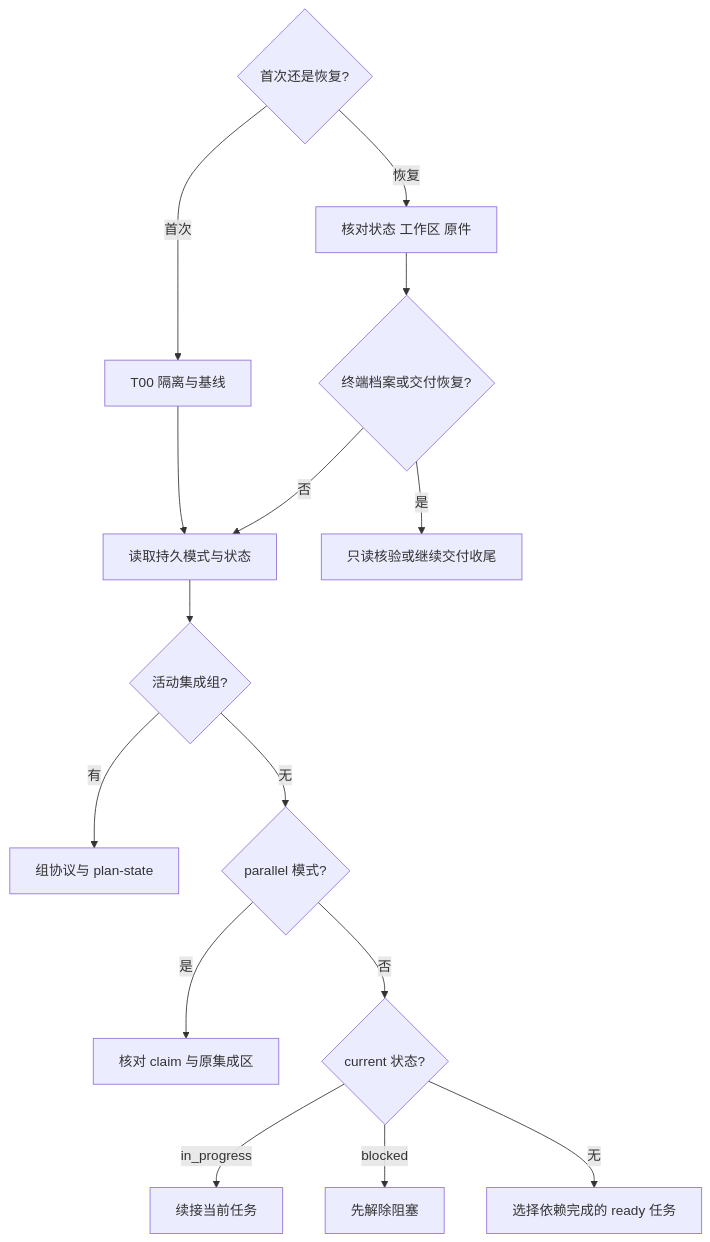
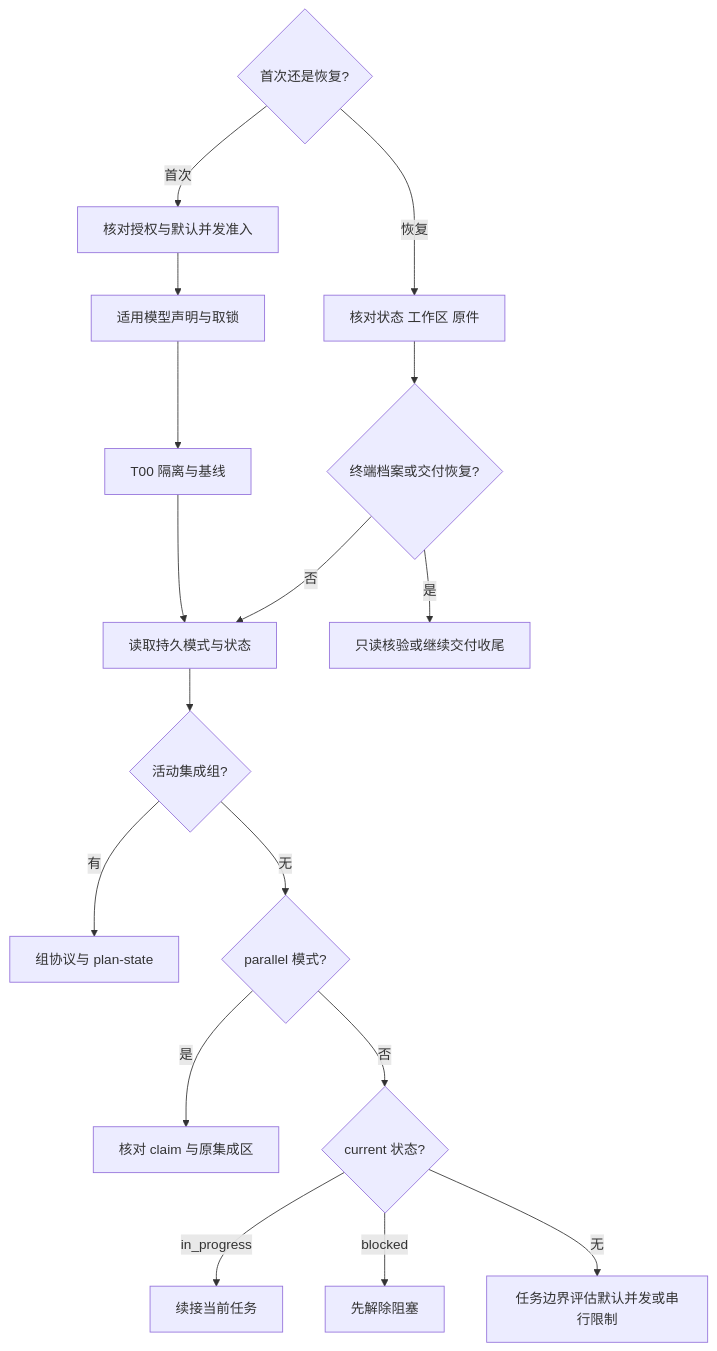
Before and after one commit to FlameMida/spec-dev: the diagram in skills/executing-plans/SKILL.md, drawn with Mermaid. The commit also changed other lines of this file and 44 other files, not shown here.

````diff
--- a/skills/executing-plans/SKILL.md
+++ b/skills/executing-plans/SKILL.md
@@ -38,17 +38,19 @@
 ```mermaid
 flowchart TD
-    E{"首次还是恢复?"} -->|首次| T00["T00 隔离与基线"]
+    E{"首次还是恢复?"} -->|首次| Select["核对授权与默认并发准入"]
     E -->|恢复| Check["核对状态 工作区 原件"]
+    Select --> Init["适用模型声明与取锁"]
+    Init --> T00["T00 隔离与基线"]
     T00 --> State["读取持久模式与状态"]
     Check --> End{"终端档案或交付恢复?"}
     End -->|是| Delivery["只读核验或继续交付收尾"]
     End -->|否| State
     State --> Group{"活动集成组?"}
     Group -->|有| G["组协议与 plan-state"]
     Group -->|无| Mode{"parallel 模式?"}
     Mode -->|是| P["核对 claim 与原集成区"]
     Mode -->|否| Current{"current 状态?"}
     Current -->|in_progress| Resume["续接当前任务"]
     Current -->|blocked| Block["先解除阻塞"]
-    Current -->|无| Ready["选择依赖完成的 ready 任务"]
+    Current -->|无| Ready["任务边界评估默认并发或串行限制"]
 ```
````
